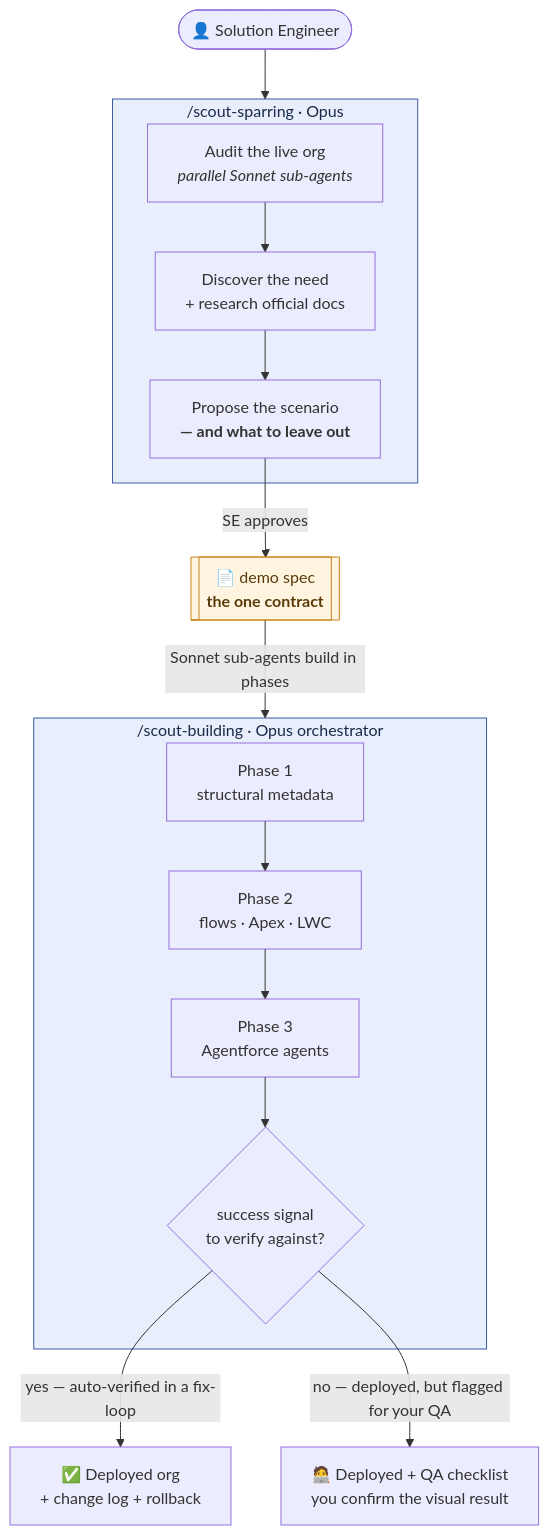
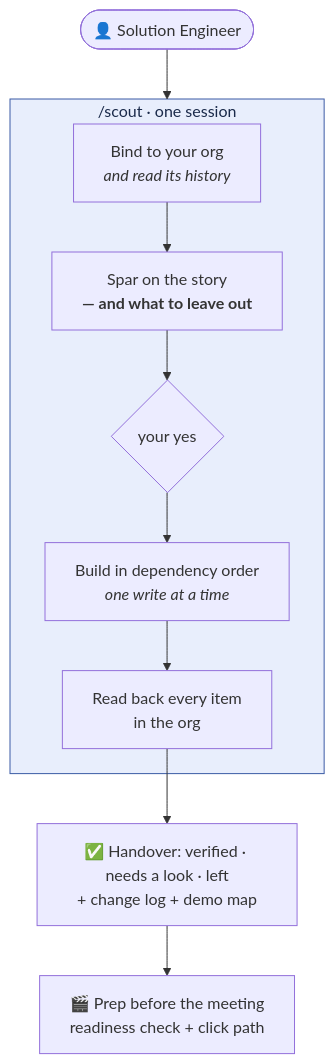
The diagram in README.md (seb-schi/sf-demo-scout), drawn with Mermaid before and after one commit. The commit also changed other lines of this file and 24 other files, not shown here.

````diff
--- a/README.md
+++ b/README.md
@@ -49,45 +53,28 @@
 ```mermaid
 flowchart TD
     SE(["👤 Solution Engineer"])
 
-    subgraph SPAR["/scout-sparring · Opus"]
-        A["`Audit the live org
-_parallel Sonnet sub-agents_`"]
-        D["`Discover the need
-+ research official docs`"]
-        P["`Propose the scenario
+    subgraph SCOUT["/scout · one session"]
+        B["`Bind to your org
+_and read its history_`"]
+        S["`Spar on the story
 **— and what to leave out**`"]
-        A --> D --> P
+        Y{"`your yes`"}
+        W["`Build in dependency order
+_one write at a time_`"]
+        R["`Read back every item
+in the org`"]
+        B --> S --> Y --> W --> R
     end
 
-    SPEC[["`📄 demo spec
-**the one contract**`"]]
+    OUT["`✅ Handover: verified · needs a look · left
++ change log + demo map`"]
+    PREP["`🎬 Prep before the meeting
+readiness check + click path`"]
 
-    subgraph BUILD["/scout-building · Opus orchestrator"]
-        S1["`Phase 1
-structural metadata`"]
-        S2["`Phase 2
-flows · Apex · LWC`"]
-        S3["`Phase 3
-Agentforce agents`"]
-        G{"`success signal
-to verify against?`"}
-        S1 --> S2 --> S3 --> G
-    end
+    SE --> SCOUT
+    R --> OUT --> PREP
 
-    OUT["`✅ Deployed org
-+ change log + rollback`"]
-    MAN["`🧑‍💻 Deployed + QA checklist
-you confirm the visual result`"]
-
-    SE --> SPAR
-    P -->|"SE approves"| SPEC
-    SPEC -->|"Sonnet sub-agents build in phases"| BUILD
-    G -->|"yes — auto-verified in a fix-loop"| OUT
-    G -->|"no — deployed, but flagged for your QA"| MAN
-
-    classDef opus fill:#e8eefc,stroke:#3b5ba5,color:#1a2a4a;
-    classDef contract fill:#fff4e0,stroke:#c9821a,color:#5a3a08;
-    class SPAR,BUILD opus;
-    class SPEC contract;
+    classDef scout fill:#e8eefc,stroke:#3b5ba5,color:#1a2a4a;
+    class SCOUT scout;
 ```
````
